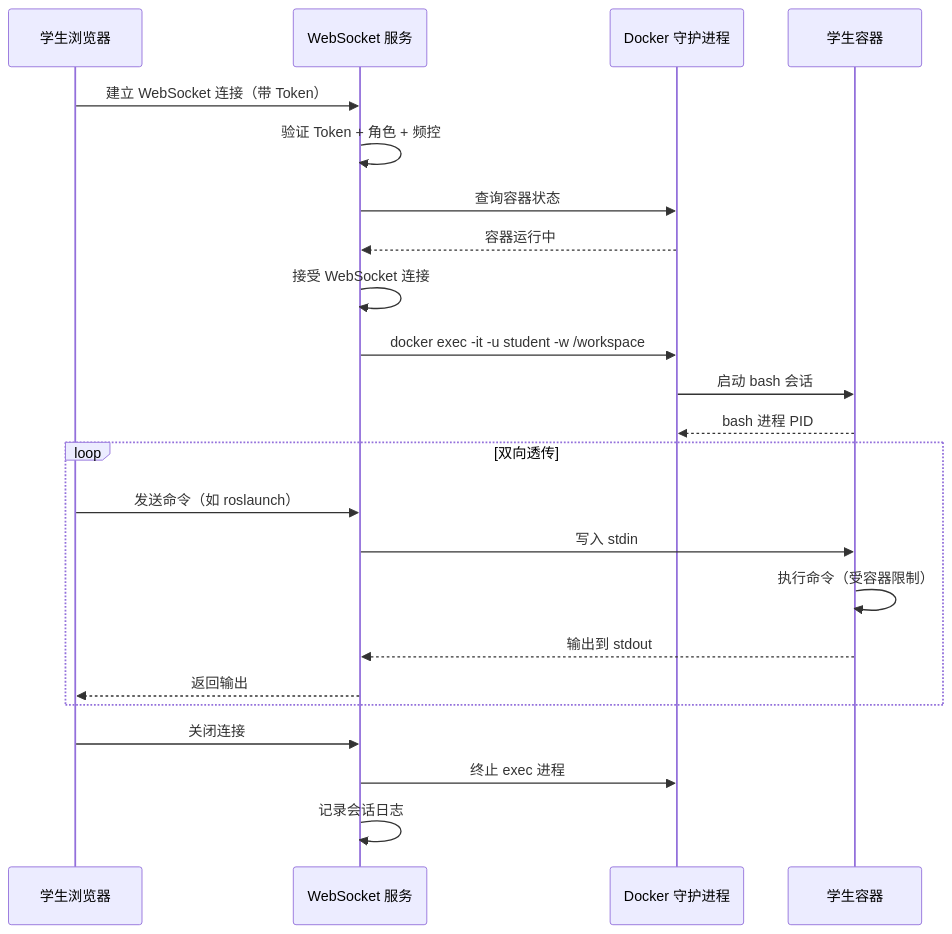
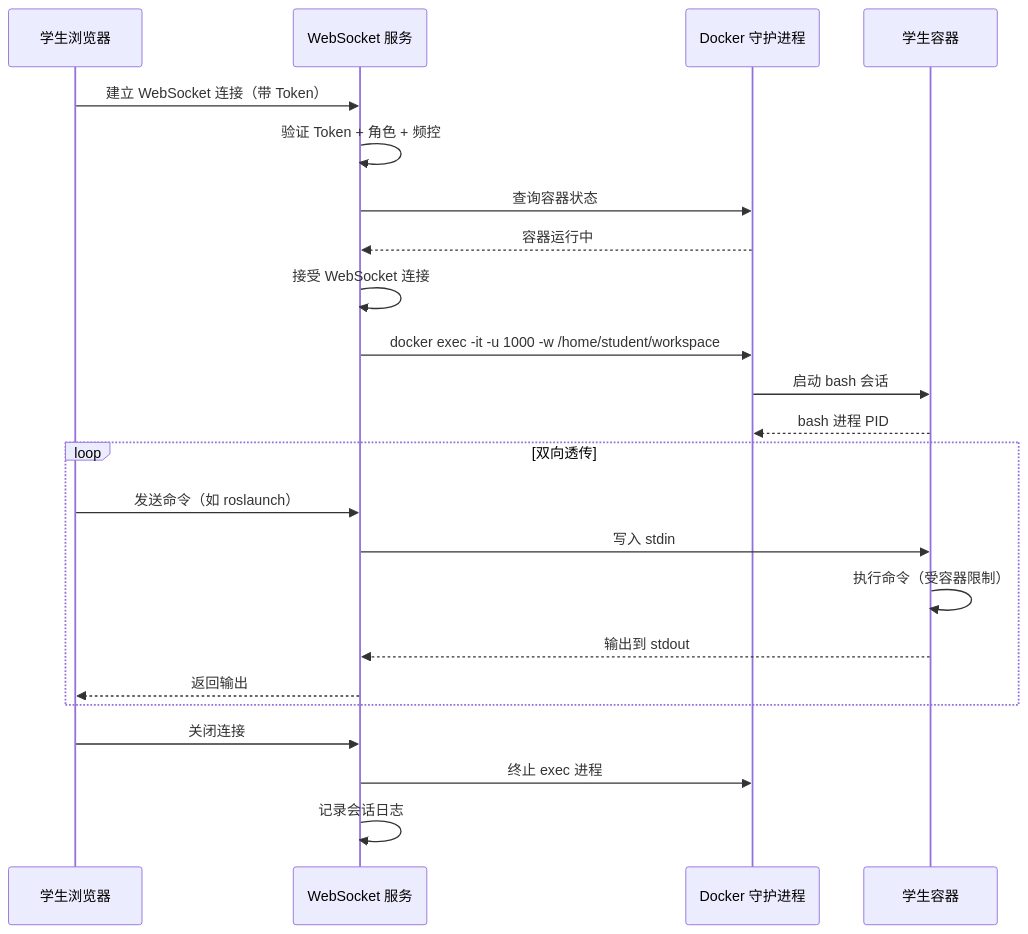
Before and after one commit to Thouder03/edubot-twin: the second of 3 diagrams in docs/第8期/SDD-第8期：容器安全加固与终端优化.md, drawn with Mermaid. The commit also changed other lines of this file and 2 other files, not shown here.

````diff
--- a/docs/第8期/SDD-第8期：容器安全加固与终端优化.md
+++ b/docs/第8期/SDD-第8期：容器安全加固与终端优化.md
@@ -372,28 +319,28 @@
 ```mermaid
 sequenceDiagram
     participant U as 学生浏览器
     participant W as WebSocket 服务
     participant D as Docker 守护进程
     participant C as 学生容器
 
     U->>W: 建立 WebSocket 连接（带 Token）
     W->>W: 验证 Token + 角色 + 频控
     W->>D: 查询容器状态
     D-->>W: 容器运行中
     W->>W: 接受 WebSocket 连接
-    W->>D: docker exec -it -u student -w /workspace
+    W->>D: docker exec -it -u 1000 -w /home/student/workspace
     D->>C: 启动 bash 会话
     C-->>D: bash 进程 PID
     
     loop 双向透传
         U->>W: 发送命令（如 roslaunch）
         W->>C: 写入 stdin
         C->>C: 执行命令（受容器限制）
         C-->>W: 输出到 stdout
         W-->>U: 返回输出
     end
     
     U->>W: 关闭连接
     W->>D: 终止 exec 进程
     W->>W: 记录会话日志
 ```
````
